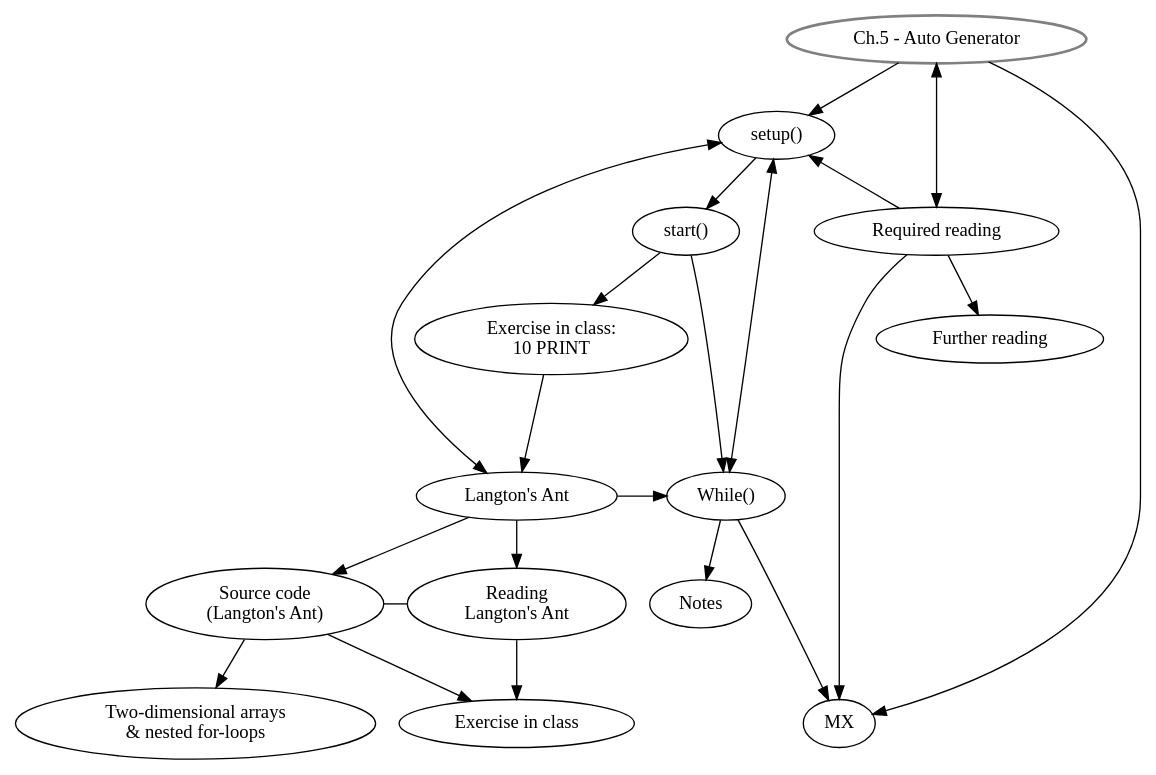
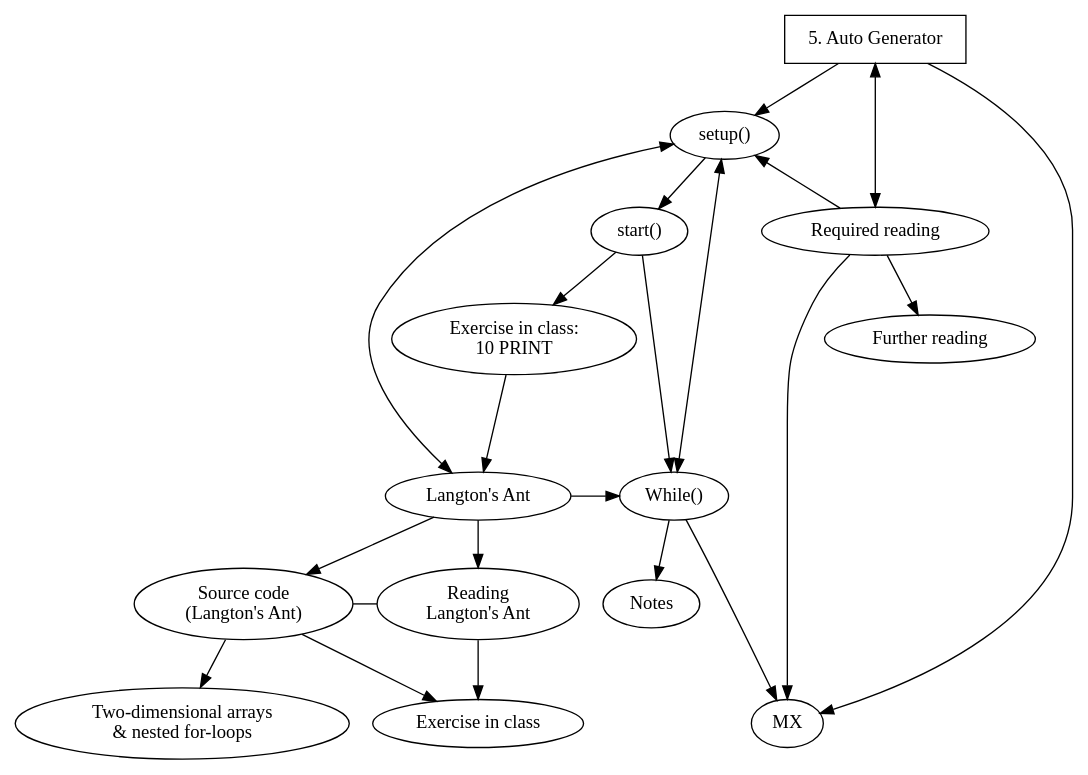
Before and after one commit to danbz/aesthetic-programming: the diagram in graphviz/AP_ch5.dot, drawn with Graphviz. The commit also changed 35 other files, not shown here.

Commit message:
graphviz

```diff
--- a/graphviz/AP_ch5.dot
+++ b/graphviz/AP_ch5.dot
@@ -1,45 +1,49 @@
 digraph G {
+
+node[fontname="Hershey-Noailles-help-me"]
+
 //labels
 GS [
-label="Ch.5 - Auto Generator",
+label="5. Auto Generator",
 style=bold,
-color=grey,
+shape=rectangle,
+penwidth="1pt"
 ]
 
 SU [label="setup()"]
 ST [label="start()"]
 EiC [label="Exercise in class: \n10 PRINT"]
 LA [label="Langton's Ant"]
 SC [label="Source code\n(Langton's Ant)"]
 RLA [label="Reading \nLangton's Ant"]
 AL [label="Two-dimensional arrays \n& nested for-loops
 "]
 EiC2 [label="Exercise in class"]
 MW [label="While()"]
 RR [label="Required reading"]
 FR [label="Further reading"]
 Notes [label="Notes"]
 
 //rank
 {rank = same; RR, ST}
 {rank = same; RLA, SC}
 {rank = same; MX,EiC2}
 {rank = same; MW, LA}
 
 
 //graph
 GS -> SU -> ST -> EiC;
 EiC-> LA[minlen=2];
 LA -> SU [dir=both];
 GS -> MX;
 GS -> RR[dir=both];
 SU -> MW [dir=both];
 SC -> RLA [dir=none];
 RR -> MX, SU;
 LA -> SC, RLA -> EiC2;
 SC -> AL;
 ST -> MW -> Notes;
 MW -> MX;
 LA -> MW;
 RR -> FR;
 }
```
